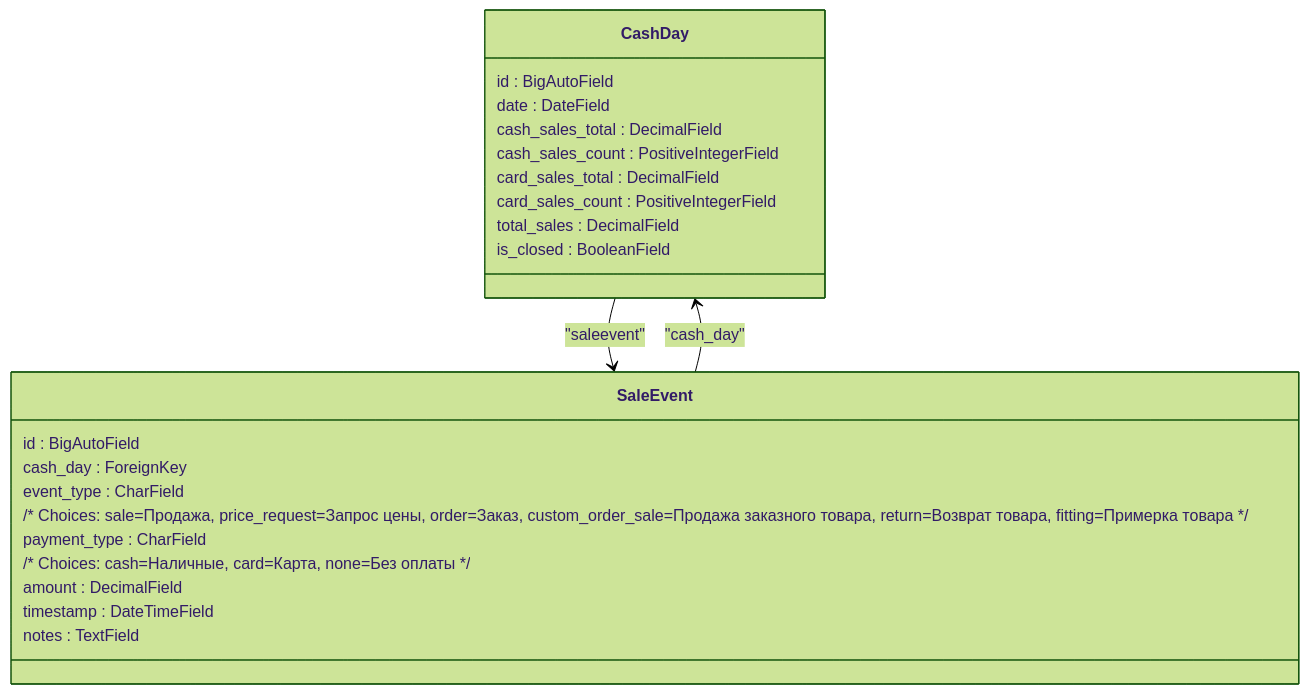
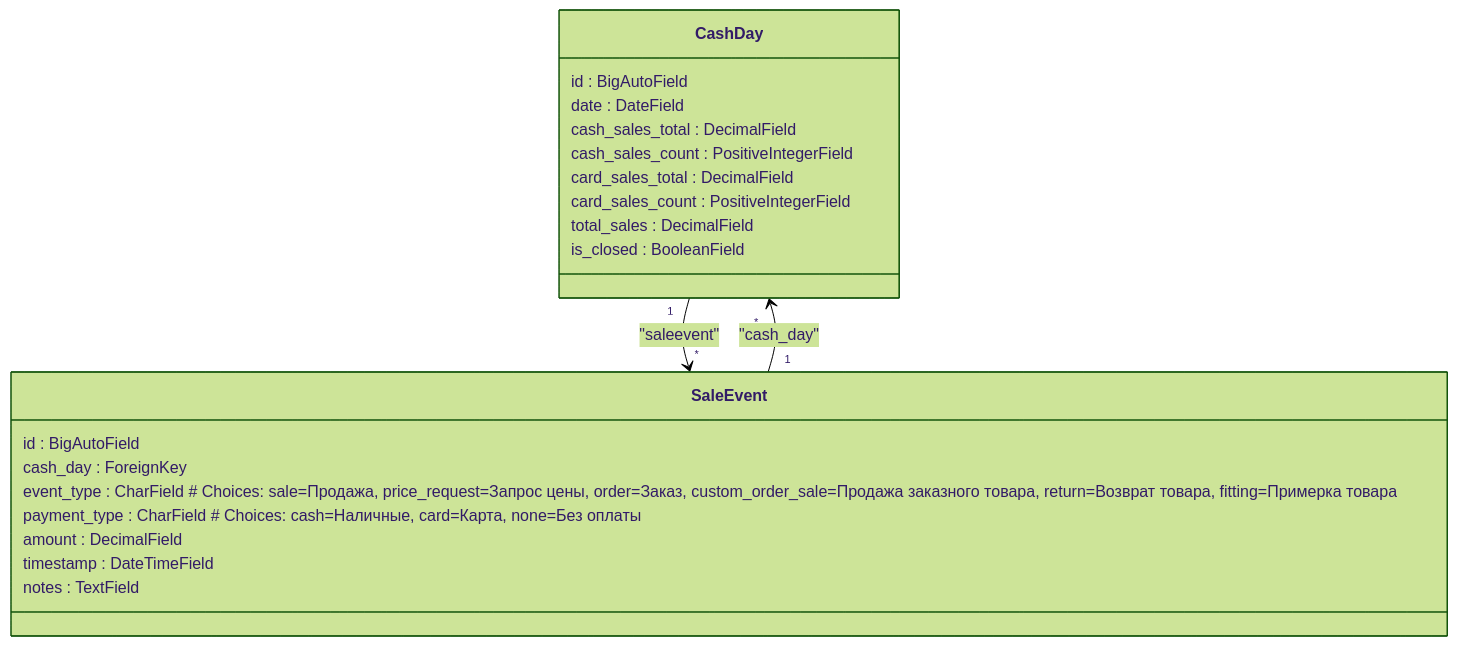
Before and after one commit to poetrydeveloper/repo_store_days: the diagram in store/mermaid_diagrams/cashday.mmd, drawn with Mermaid (forest theme). The commit also changed 18 other files, not shown here.

````diff
--- a/store/mermaid_diagrams/cashday.mmd
+++ b/store/mermaid_diagrams/cashday.mmd
@@ -1,26 +1,22 @@
-```mermaid
 classDiagram
     class CashDay {
         id : BigAutoField
         date : DateField
         cash_sales_total : DecimalField
         cash_sales_count : PositiveIntegerField
         card_sales_total : DecimalField
         card_sales_count : PositiveIntegerField
         total_sales : DecimalField
         is_closed : BooleanField
     }
-    CashDay --> SaleEvent : "saleevent"
     class SaleEvent {
         id : BigAutoField
         cash_day : ForeignKey
-        event_type : CharField
-        /* Choices: sale=Продажа, price_request=Запрос цены, order=Заказ, custom_order_sale=Продажа заказного товара, return=Возврат товара, fitting=Примерка товара */
-        payment_type : CharField
-        /* Choices: cash=Наличные, card=Карта, none=Без оплаты */
+        event_type : CharField  # Choices: sale=Продажа, price_request=Запрос цены, order=Заказ, custom_order_sale=Продажа заказного товара, return=Возврат товара, fitting=Примерка товара
+        payment_type : CharField  # Choices: cash=Наличные, card=Карта, none=Без оплаты
         amount : DecimalField
         timestamp : DateTimeField
         notes : TextField
     }
-    SaleEvent --> CashDay : "cash_day"
-```
+    CashDay "1" --> "*" SaleEvent : "saleevent"
+    SaleEvent "1" --> "*" CashDay : "cash_day"
````
